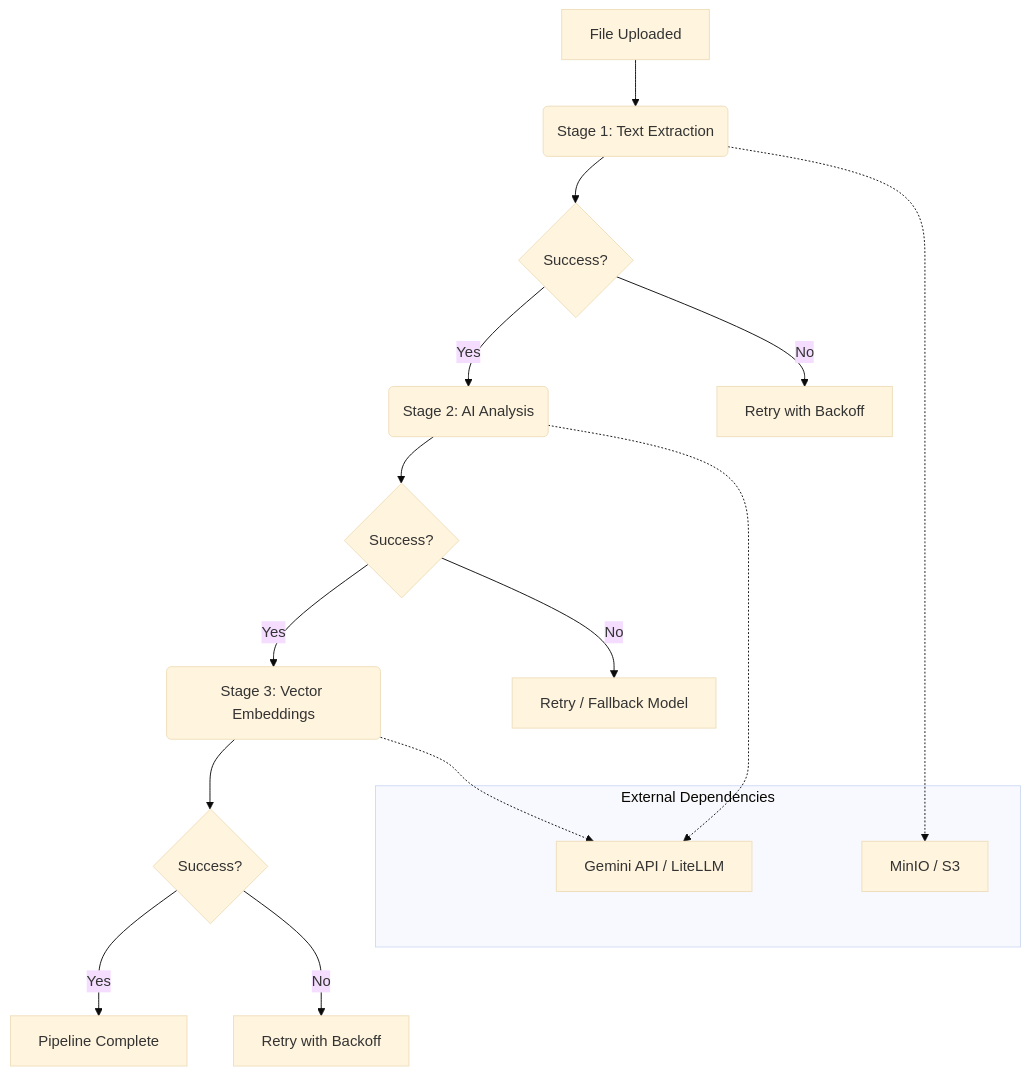
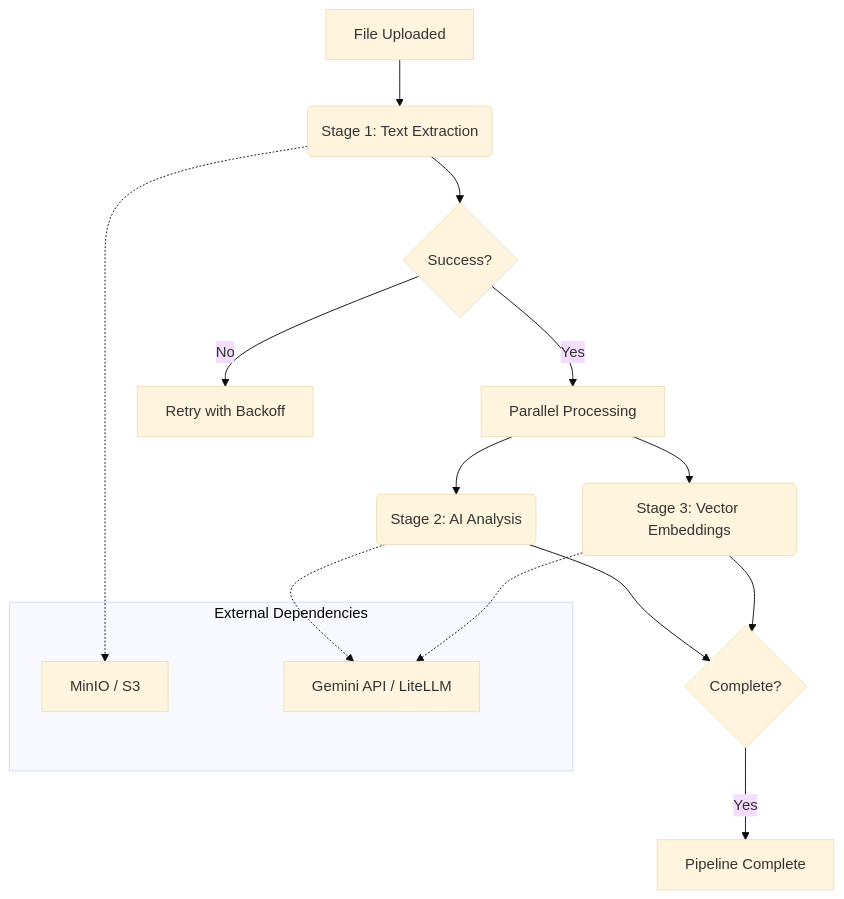
One commit to farhan-mahi-sazim/AIPCPP-BE-Mahi-Onboarding changed the diagram in docs/summary_generation_pipeline.md. Above: the diagram before and after it, drawn with Mermaid (base theme). The commit also changed other lines of this file and 22 other files, not shown here.

````diff
--- a/docs/summary_generation_pipeline.md
+++ b/docs/summary_generation_pipeline.md
@@ -9,22 +9,22 @@
 ```mermaid
 graph TD
     A[File Uploaded] --> B(Stage 1: Text Extraction)
     B --> C{Success?}
-    C -- Yes --> D(Stage 2: AI Analysis)
-    C -- No --> E[Retry with Backoff]
-    D --> F{Success?}
-    F -- Yes --> G(Stage 3: Vector Embeddings)
-    F -- No --> H[Retry / Fallback Model]
-    G --> I{Success?}
-    I -- Yes --> J[Pipeline Complete]
-    I -- No --> K[Retry with Backoff]
-
+    C -- Yes --> D[Parallel Processing]
+    D --> E(Stage 2: AI Analysis)
+    D --> F(Stage 3: Vector Embeddings)
+    C -- No --> G[Retry with Backoff]
+    
+    E --> H{Complete?}
+    F --> H
+    H -- Yes --> I[Pipeline Complete]
+    
     subgraph "External Dependencies"
         L[MinIO / S3]
         M[Gemini API / LiteLLM]
     end
 
     B -.-> L
-    D -.-> M
-    G -.-> M
+    E -.-> M
+    F -.-> M
 ```
````
